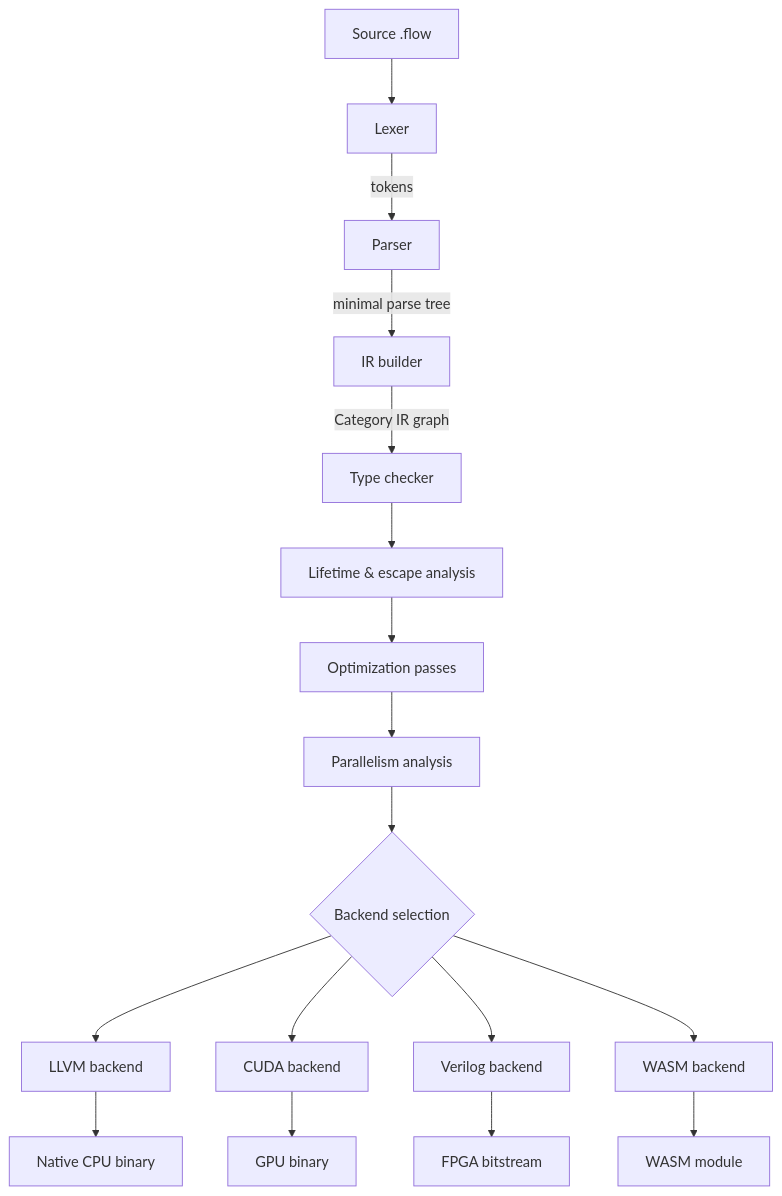
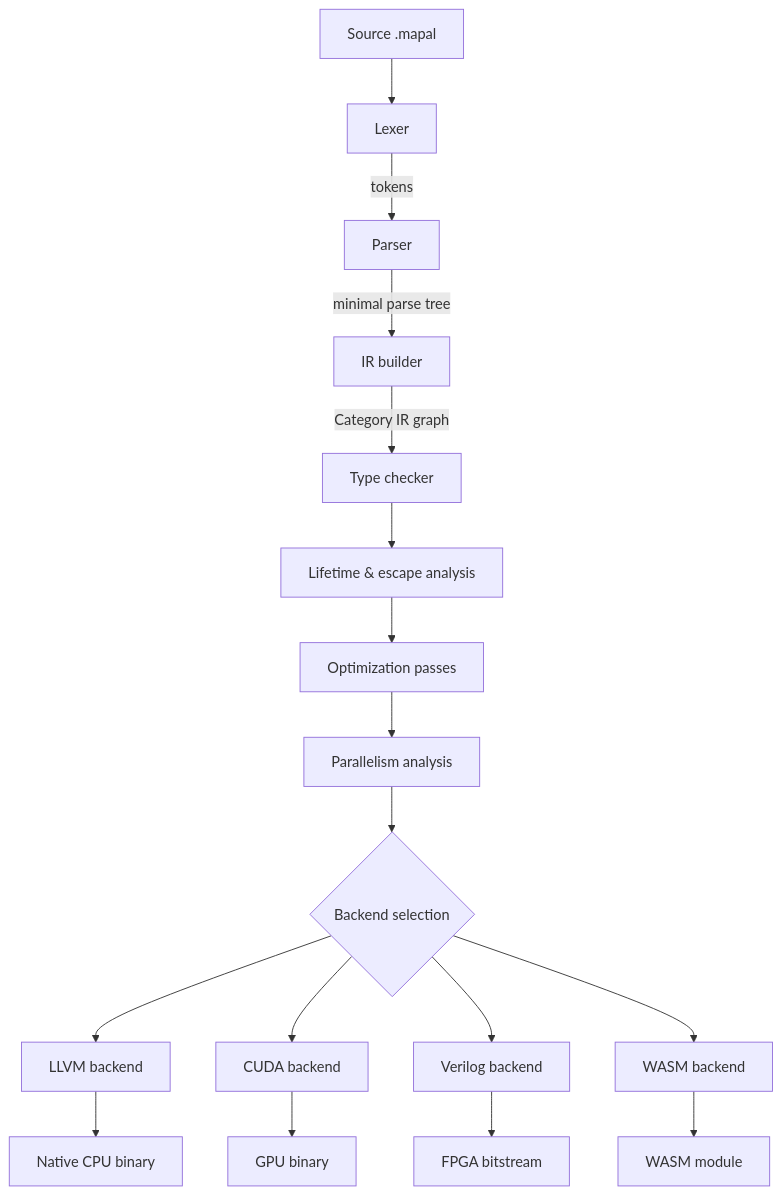
One commit to LessComplexity/flow changed the second of 13 diagrams in docs/spec/architecture.md. Above: the diagram before and after it, drawn with Mermaid. The commit also changed other lines of this file and 659 other files, not shown here.

````diff
--- a/docs/spec/architecture.md
+++ b/docs/spec/architecture.md
@@ -74,19 +74,19 @@
 ```mermaid
 flowchart TD
-    src[Source .flow] --> lex[Lexer]
+    src[Source .mapal] --> lex[Lexer]
     lex --> |tokens| par[Parser]
     par --> |minimal parse tree| build[IR builder]
     build --> |Category IR graph| tc[Type checker]
     tc --> life[Lifetime & escape analysis]
     life --> opt[Optimization passes]
     opt --> par2[Parallelism analysis]
     par2 --> sel{Backend selection}
     sel --> llvm[LLVM backend]
     sel --> cuda[CUDA backend]
     sel --> ver[Verilog backend]
     sel --> wasm[WASM backend]
     llvm --> cpuout[Native CPU binary]
     cuda --> gpuout[GPU binary]
     ver --> fpgaout[FPGA bitstream]
     wasm --> webout[WASM module]
 ```
````
